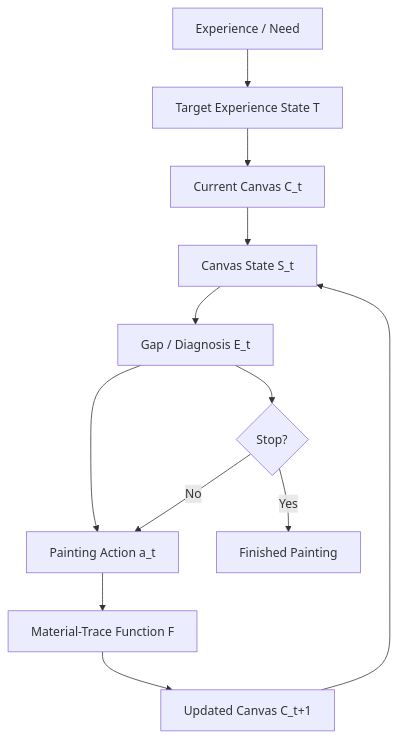
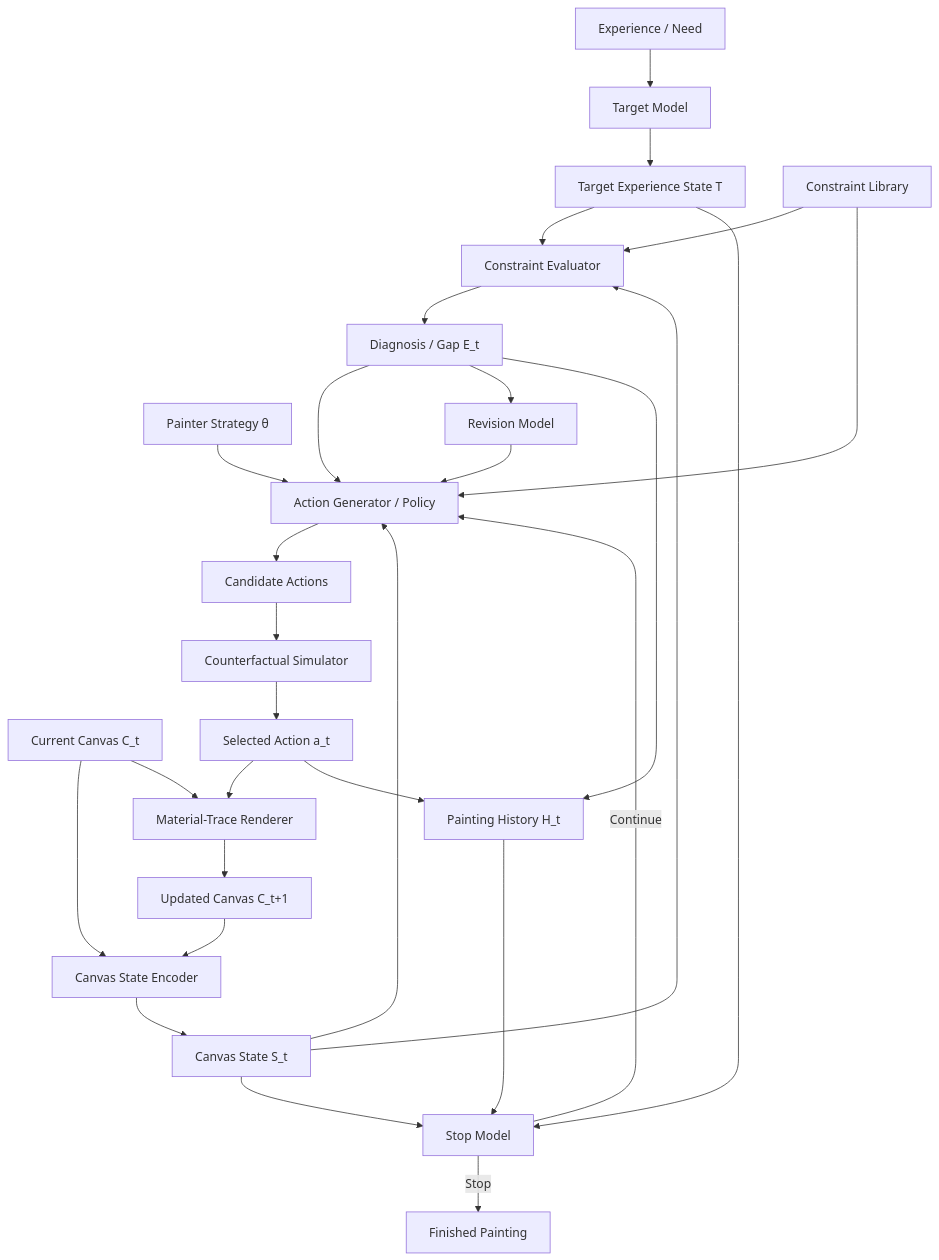
The diagram in README.md (uilos/human-painting-mechanism-modeling), drawn with Mermaid before and after one commit.

````diff
--- a/README.md
+++ b/README.md
@@ -13,14 +13,40 @@
 ```mermaid
 flowchart TD
-    A[Experience / Need] --> B[Target Experience State T]
-    B --> C[Current Canvas C_t]
-    C --> D[Canvas State S_t]
-    D --> E[Gap / Diagnosis E_t]
-    E --> F[Painting Action a_t]
-    F --> G[Material-Trace Function F]
-    G --> H[Updated Canvas C_t+1]
-    H --> D
-    E --> I{Stop?}
-    I -->|Yes| J[Finished Painting]
-    I -->|No| F
+    A[Experience / Need] --> B[Target Model]
+    B --> C[Target Experience State T]
+
+    D[Current Canvas C_t] --> E[Canvas State Encoder]
+    E --> F[Canvas State S_t]
+
+    C --> G[Constraint Evaluator]
+    F --> G
+    G --> H[Diagnosis / Gap E_t]
+
+    H --> I[Action Generator / Policy]
+    F --> I
+    J[Painter Strategy θ] --> I
+    K[Constraint Library] --> G
+    K --> I
+
+    I --> L[Candidate Actions]
+    L --> M[Counterfactual Simulator]
+    M --> N[Selected Action a_t]
+
+    N --> O[Material-Trace Renderer]
+    D --> O
+    O --> P[Updated Canvas C_t+1]
+
+    P --> E
+
+    H --> Q[Revision Model]
+    Q --> I
+
+    F --> R[Stop Model]
+    C --> R
+    S[Painting History H_t] --> R
+    R -->|Continue| I
+    R -->|Stop| T2[Finished Painting]
+
+    N --> S
+    H --> S
 ```
````
